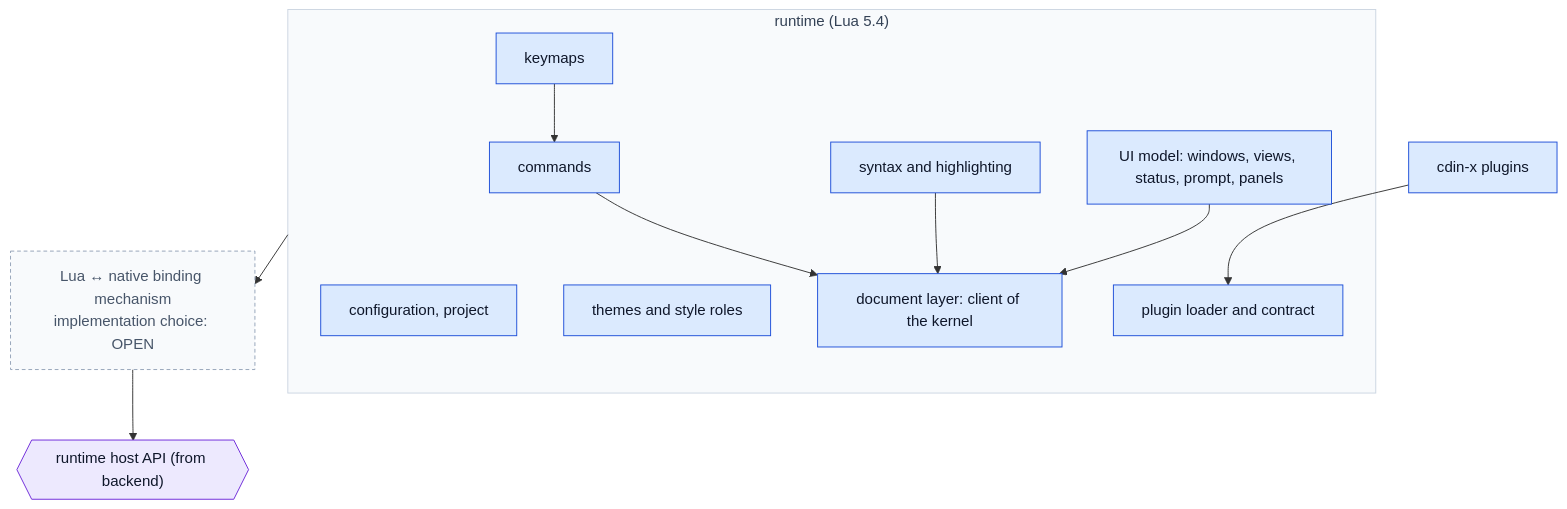
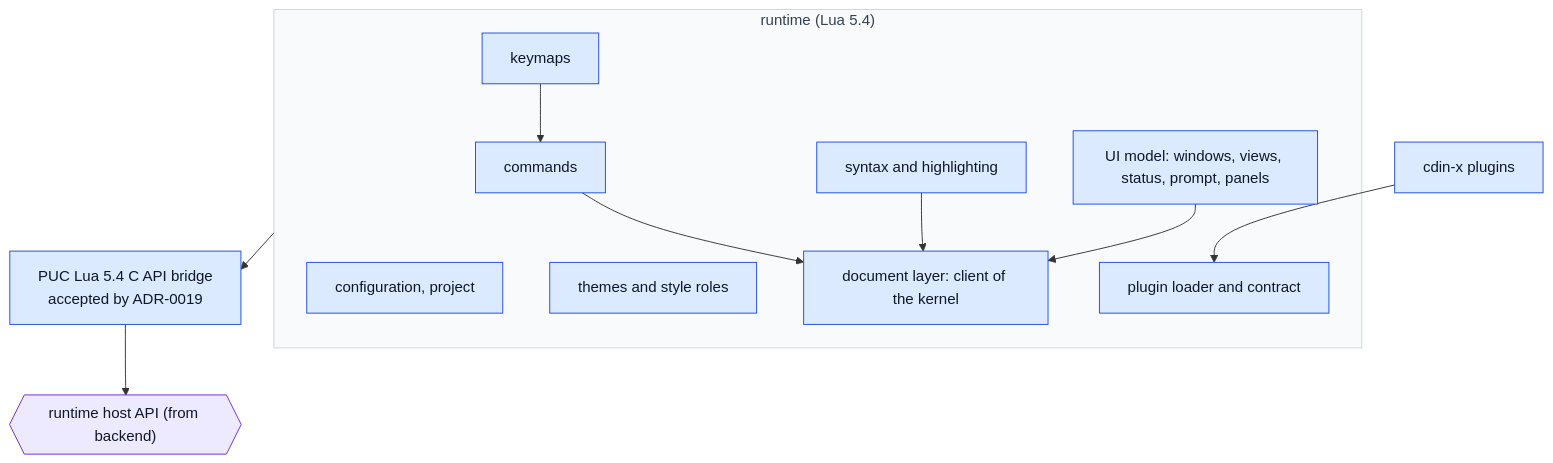
One commit to cdin-editor/spec changed the diagram in docs/components/runtime.md. Above: the diagram before and after it, drawn with Mermaid. The commit also changed other lines of this file and 34 other files, not shown here.

````diff
--- a/docs/components/runtime.md
+++ b/docs/components/runtime.md
@@ -22,30 +22,28 @@
 ```mermaid
 flowchart TB
     subgraph RT["runtime (Lua 5.4)"]
         CMD["commands"]
         KEY["keymaps"]
         CFG["configuration, project"]
         THEME["themes and style roles"]
         SYN["syntax and highlighting"]
         UIM["UI model: windows, views, status, prompt, panels"]
         DOC["document layer: client of the kernel"]
         PLG["plugin loader and contract"]
     end
     HOST{{"runtime host API (from backend)"}}
     X["cdin-x plugins"]
     X --> PLG
     CMD --> DOC
     KEY --> CMD
     UIM --> DOC
     SYN --> DOC
     RT --> BRIDGE --> HOST
-    BRIDGE["Lua ↔ native binding mechanism<br/>implementation choice: OPEN"]
+    BRIDGE["PUC Lua 5.4 C API bridge<br/>accepted by ADR-0019"]
     classDef comp fill:#dbeafe,stroke:#1d4ed8,color:#0f172a
     classDef contract fill:#ede9fe,stroke:#6d28d9,color:#0f172a
     classDef group fill:#f8fafc,stroke:#cbd5e1,color:#334155
-    classDef open fill:#f8fafc,stroke:#94a3b8,color:#475569,stroke-dasharray:4 3
-    class CFG,CMD,DOC,KEY,PLG,SYN,THEME,UIM,X comp
+    class CFG,CMD,DOC,KEY,PLG,SYN,THEME,UIM,X,BRIDGE comp
     class HOST contract
-    class BRIDGE open
     class RT group
 ```
````
